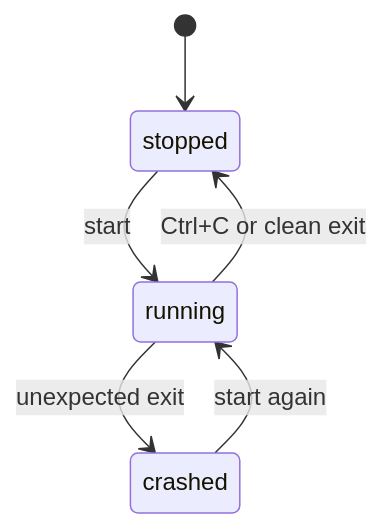
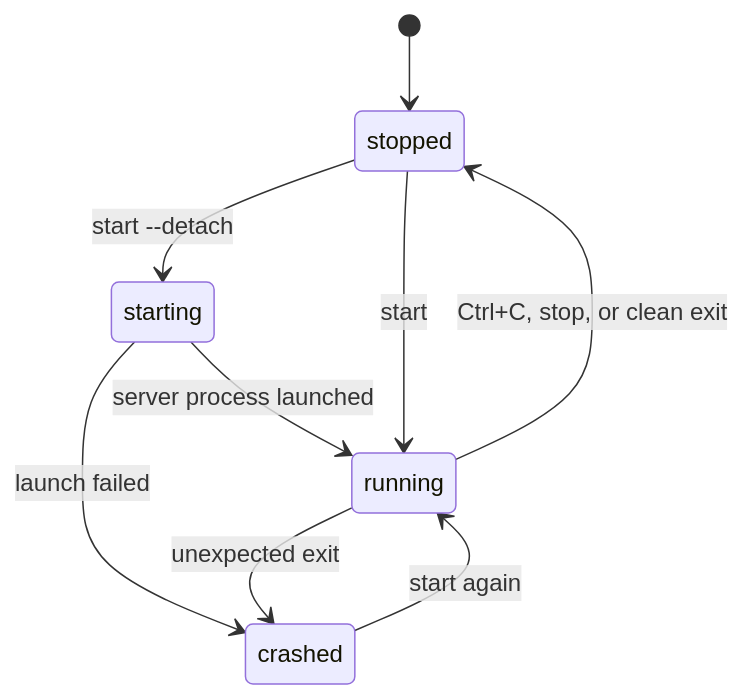
The second of 2 diagrams in README.md (SyberFoxx/gamehost), drawn with Mermaid before and after one commit. The commit also changed other lines of this file and 6 other files, not shown here.

Commit message:
feat: detach the server and stop it from any terminal

````diff
--- a/README.md
+++ b/README.md
@@ -162,8 +177,11 @@
 ```mermaid
 stateDiagram-v2
     [*] --> stopped
+    stopped --> starting: start --detach
+    starting --> running: server process launched
+    starting --> crashed: launch failed
     stopped --> running: start
-    running --> stopped: Ctrl+C or clean exit
+    running --> stopped: Ctrl+C, stop, or clean exit
     running --> crashed: unexpected exit
     crashed --> running: start again
 ```
````
